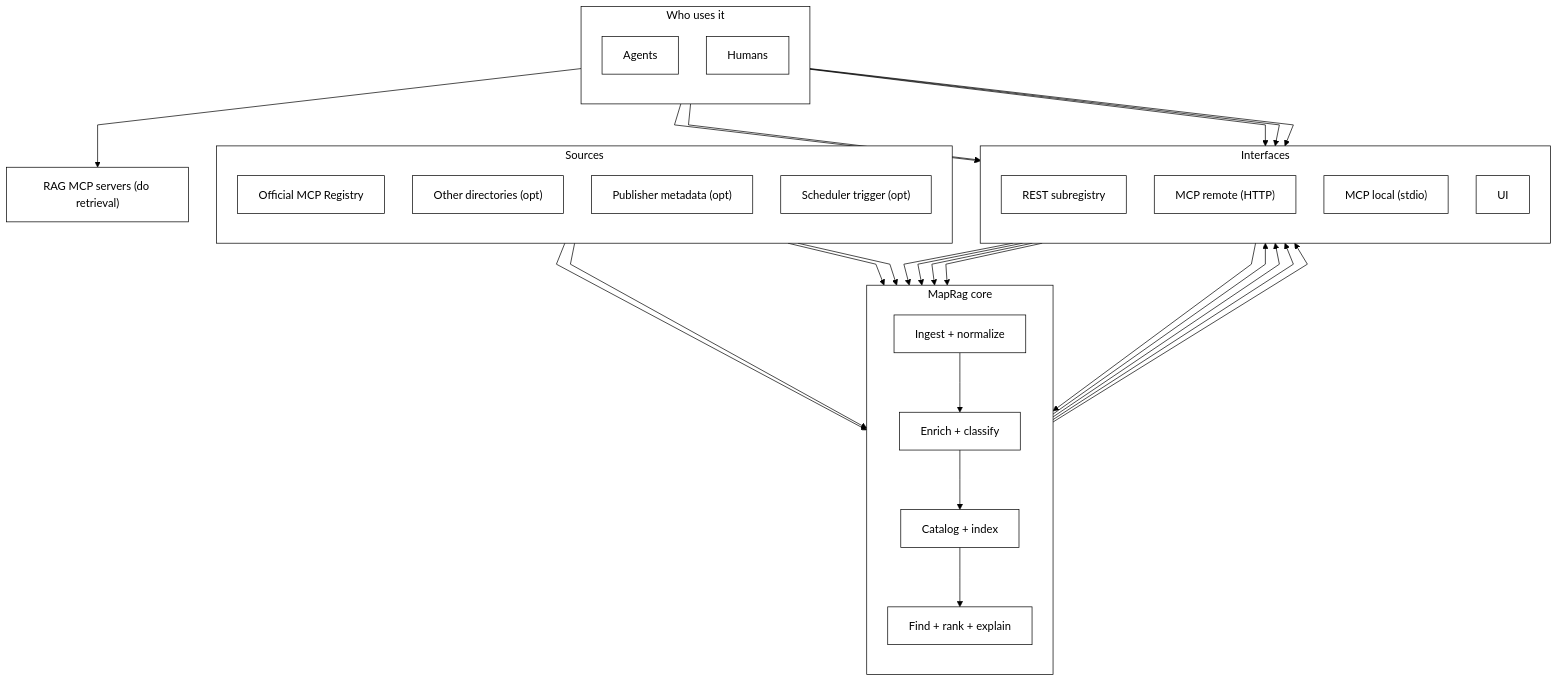
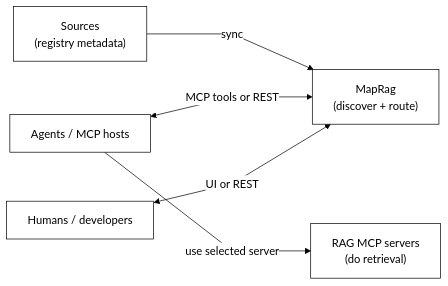
One commit to khalidsaidi/ragmap changed the diagram in README.md. Above: the diagram before and after it, drawn with Mermaid. The commit also changed 2 other files, not shown here.

Commit message:
Simplify concept diagram

````diff
--- a/README.md
+++ b/README.md
@@ -25,60 +25,18 @@
 ```mermaid
-%%{init: {"theme":"base","themeVariables":{"primaryColor":"#ffffff","primaryTextColor":"#000000","primaryBorderColor":"#000000","lineColor":"#000000","secondaryColor":"#ffffff","tertiaryColor":"#ffffff","clusterBkg":"#ffffff","clusterBorder":"#000000","edgeLabelBackground":"#ffffff"},"flowchart":{"curve":"linear","nodeSpacing":40,"rankSpacing":60}}}%%
-flowchart TD
+%%{init: {"theme":"base","themeVariables":{"primaryColor":"#ffffff","primaryTextColor":"#000000","primaryBorderColor":"#000000","lineColor":"#000000","secondaryColor":"#ffffff","tertiaryColor":"#ffffff","clusterBkg":"#ffffff","clusterBorder":"#000000","edgeLabelBackground":"#ffffff"},"flowchart":{"curve":"linear","nodeSpacing":70,"rankSpacing":90}}}%%
+flowchart LR
   %% Concept-only diagram (no deployment, framework, or datastore details)
 
-  subgraph S["Sources"]
-    direction TB
-    Upstream["Official MCP Registry"]:::mono
-    Other["Other directories (opt)"]:::mono
-    Publisher["Publisher metadata (opt)"]:::mono
-    Scheduler["Scheduler trigger (opt)"]:::mono
-  end
+  classDef mono fill:#ffffff,stroke:#000000,color:#000000,stroke-width:1px;
 
-  subgraph C["MapRag core"]
-    direction TB
-    Ingest["Ingest + normalize"]:::mono
-    Enrich["Enrich + classify"]:::mono
-    Index["Catalog + index"]:::mono
-    Find["Find + rank + explain"]:::mono
-    Ingest --> Enrich --> Index --> Find
-  end
+  Sources["Sources\n(registry metadata)"]:::mono
+  MapRag["MapRag\n(discover + route)"]:::mono
+  Agents["Agents / MCP hosts"]:::mono
+  Humans["Humans / developers"]:::mono
+  Retrieval["RAG MCP servers\n(do retrieval)"]:::mono
 
-  subgraph I["Interfaces"]
-    direction TB
-    Rest["REST subregistry"]:::mono
-    McpRemote["MCP remote (HTTP)"]:::mono
-    McpLocal["MCP local (stdio)"]:::mono
-    UI["UI"]:::mono
-  end
-
-  subgraph U["Who uses it"]
-    direction TB
-    Agents["Agents"]:::mono
-    Humans["Humans"]:::mono
-  end
-
-  RagServers["RAG MCP servers (do retrieval)"]:::mono
-
-  %% Sync loop
-  Upstream --> Ingest
-  Other --> Ingest
-  Scheduler --> Ingest
-  Publisher --> Enrich
-
-  %% Query loop
-  Agents --> McpRemote --> Find
-  Agents --> McpLocal --> Find
-  Agents --> Rest --> Find
-  Humans --> UI --> Find
-  Humans --> Rest --> Find
-
-  %% Results
-  Find --> Rest
-  Find --> McpRemote
-  Find --> McpLocal
-  Find --> UI
-
-  %% Routing: MapRag returns connect info; agents connect to the chosen server(s).
-  Agents --> RagServers
+  Sources -->|sync| MapRag
+  Agents <-->|MCP tools or REST| MapRag
+  Humans <-->|UI or REST| MapRag
+  Agents -->|use selected server| Retrieval
 ```
````
